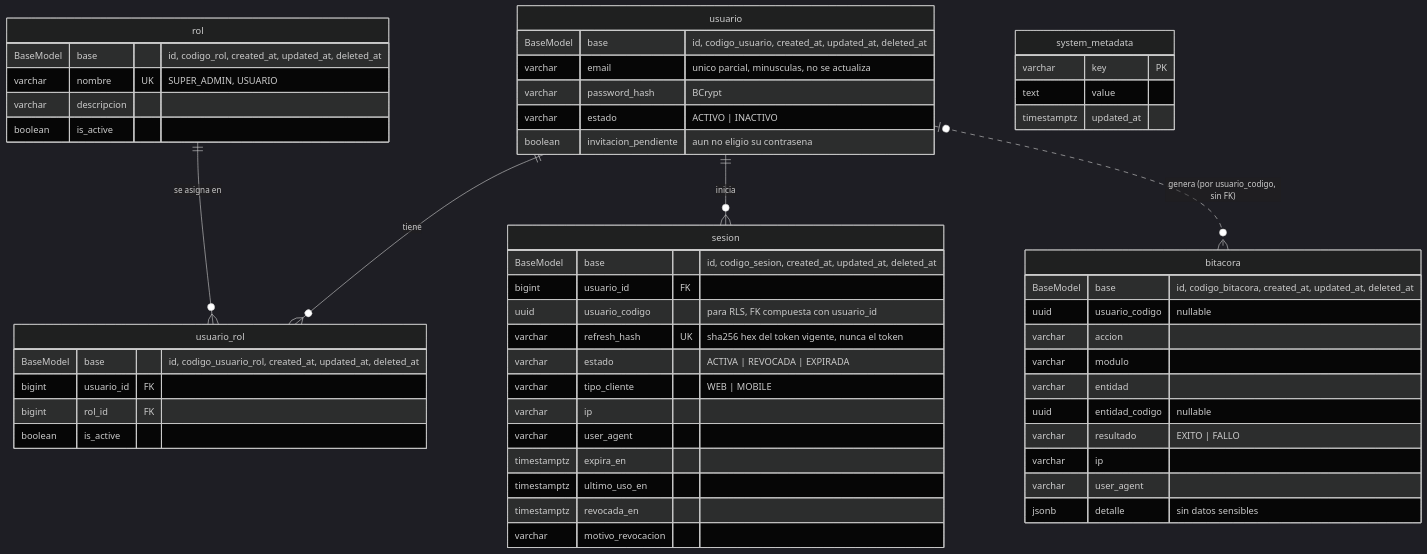
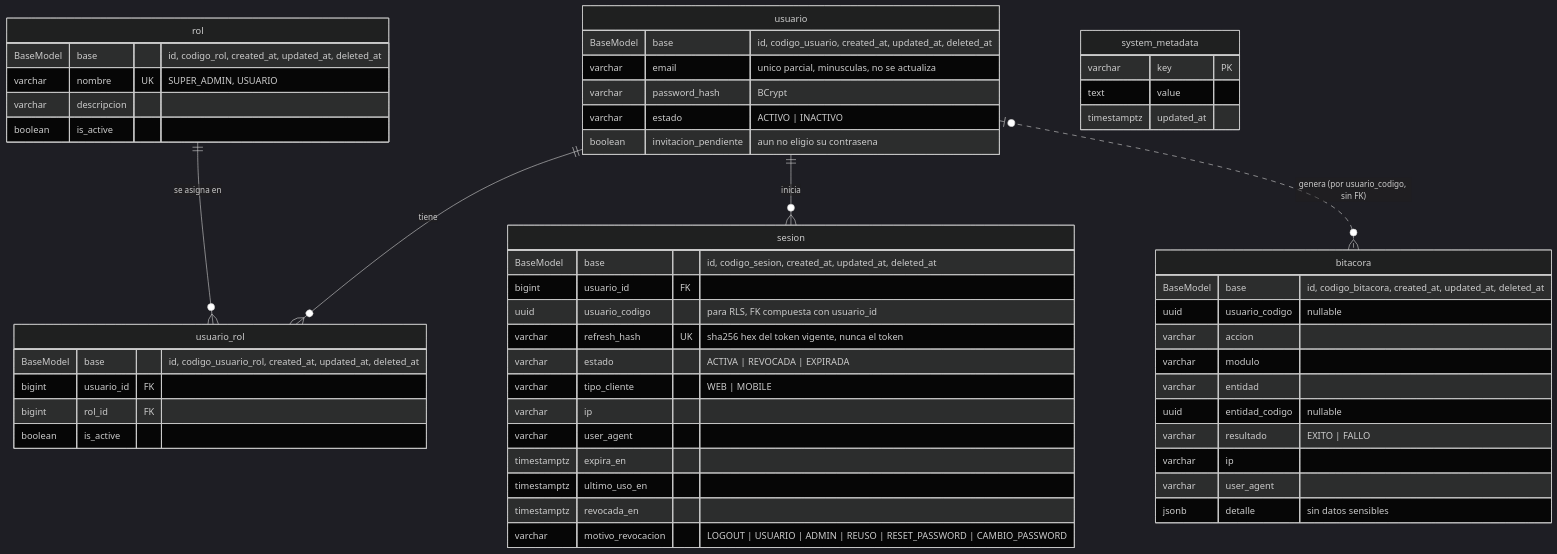
The diagram in docs/BASE_DE_DATOS.mermaid (Mau8877/DevelopLayout), drawn with Mermaid (dark theme) before and after one commit. The commit also changed 4 other files, not shown here.

Commit message:
docs[DOCS]: Contrato, errores, diagrama y avance del cambio de contraseña

```diff
--- a/docs/BASE_DE_DATOS.mermaid
+++ b/docs/BASE_DE_DATOS.mermaid
@@ -1,57 +1,57 @@
 erDiagram
     usuario ||--o{ usuario_rol : "tiene"
     rol ||--o{ usuario_rol : "se asigna en"
     usuario ||--o{ sesion : "inicia"
     usuario |o..o{ bitacora : "genera (por usuario_codigo, sin FK)"
 
     usuario {
         BaseModel base "id, codigo_usuario, created_at, updated_at, deleted_at"
         varchar email "unico parcial, minusculas, no se actualiza"
         varchar password_hash "BCrypt"
         varchar estado "ACTIVO | INACTIVO"
         boolean invitacion_pendiente "aun no eligio su contrasena"
     }
     rol {
         BaseModel base "id, codigo_rol, created_at, updated_at, deleted_at"
         varchar nombre UK "SUPER_ADMIN, USUARIO"
         varchar descripcion
         boolean is_active
     }
     usuario_rol {
         BaseModel base "id, codigo_usuario_rol, created_at, updated_at, deleted_at"
         bigint usuario_id FK
         bigint rol_id FK
         boolean is_active
     }
     sesion {
         BaseModel base "id, codigo_sesion, created_at, updated_at, deleted_at"
         bigint usuario_id FK
         uuid usuario_codigo "para RLS, FK compuesta con usuario_id"
         varchar refresh_hash UK "sha256 hex del token vigente, nunca el token"
         varchar estado "ACTIVA | REVOCADA | EXPIRADA"
         varchar tipo_cliente "WEB | MOBILE"
         varchar ip
         varchar user_agent
         timestamptz expira_en
         timestamptz ultimo_uso_en
         timestamptz revocada_en
-        varchar motivo_revocacion
+        varchar motivo_revocacion "LOGOUT | USUARIO | ADMIN | REUSO | RESET_PASSWORD | CAMBIO_PASSWORD"
     }
     bitacora {
         BaseModel base "id, codigo_bitacora, created_at, updated_at, deleted_at"
         uuid usuario_codigo "nullable"
         varchar accion
         varchar modulo
         varchar entidad
         uuid entidad_codigo "nullable"
         varchar resultado "EXITO | FALLO"
         varchar ip
         varchar user_agent
         jsonb detalle "sin datos sensibles"
     }
 
     system_metadata {
         varchar key PK
         text value
         timestamptz updated_at
     }
```
